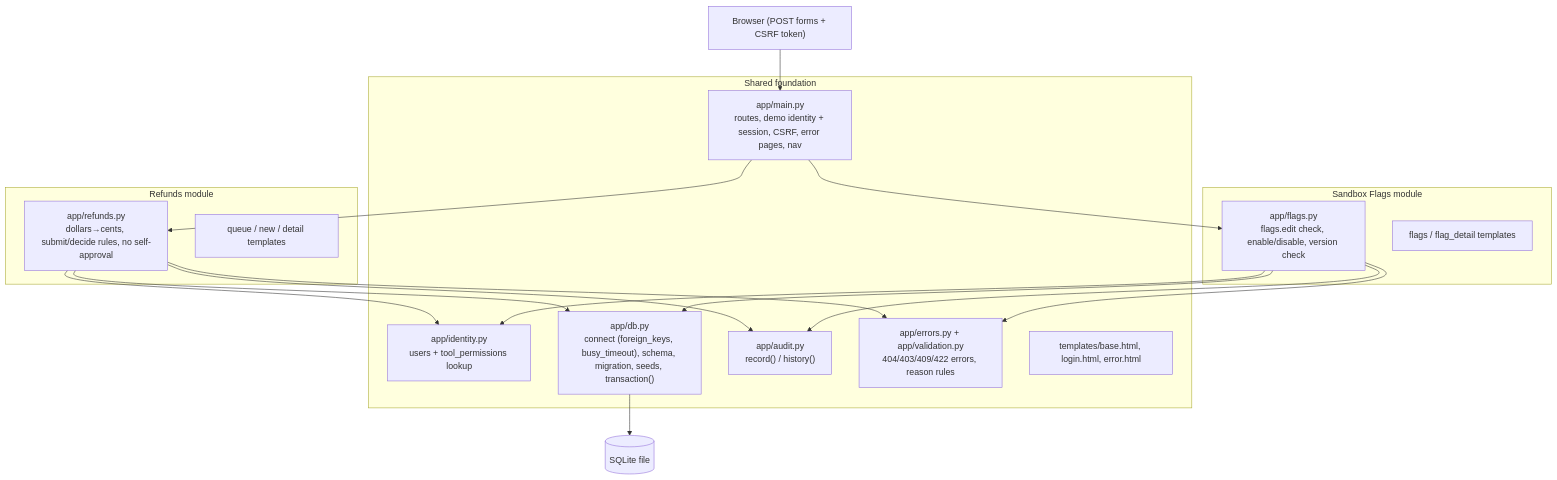
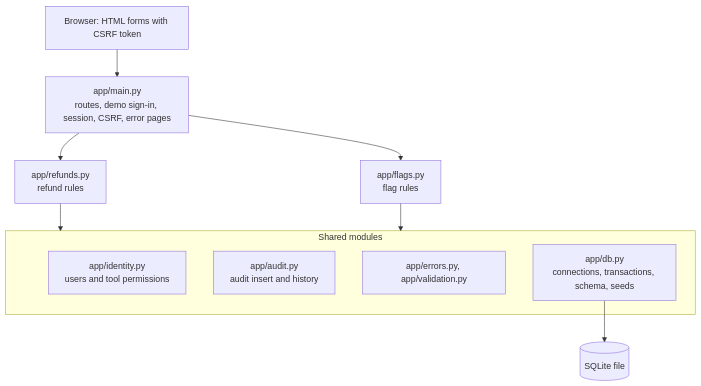
One commit to SohanMads/fintech-internal-tools-poc changed the diagram in README.md. Above: the diagram before and after it, drawn with Mermaid. The commit also changed other lines of this file and 1 other file, not shown here.

Commit message:
Docs: concise README; move build timeline and verification history to docs/build-notes.md

````diff
--- a/README.md
+++ b/README.md
@@ -79,23 +65,15 @@
 ```mermaid
 flowchart TB
-  Browser["Browser (POST forms + CSRF token)"] --> Main
-  subgraph Shared["Shared foundation"]
-    Main["app/main.py<br/>routes, demo identity + session, CSRF, error pages, nav"]
-    Identity["app/identity.py<br/>users + tool_permissions lookup"]
-    DB["app/db.py<br/>connect (foreign_keys, busy_timeout), schema, migration, seeds, transaction()"]
-    Audit["app/audit.py<br/>record() / history()"]
-    Errors["app/errors.py + app/validation.py<br/>404/403/409/422 errors, reason rules"]
-    Layout["templates/base.html, login.html, error.html"]
+  Browser["Browser: HTML forms with CSRF token"] --> Main["app/main.py<br/>routes, demo sign-in, session, CSRF, error pages"]
+  Main --> Refunds["app/refunds.py<br/>refund rules"]
+  Main --> Flags["app/flags.py<br/>flag rules"]
+  subgraph Shared["Shared modules"]
+    Identity["app/identity.py<br/>users and tool permissions"]
+    Audit["app/audit.py<br/>audit insert and history"]
+    Common["app/errors.py, app/validation.py"]
+    DB["app/db.py<br/>connections, transactions, schema, seeds"]
   end
-  subgraph Refunds["Refunds module"]
-    R["app/refunds.py<br/>dollars→cents, submit/decide rules, no self-approval"]
-    RT["queue / new / detail templates"]
-  end
-  subgraph Flags["Sandbox Flags module"]
-    F["app/flags.py<br/>flags.edit check, enable/disable, version check"]
-    FT["flags / flag_detail templates"]
-  end
-  Main --> R & F
-  R & F --> Identity & Audit & Errors & DB
+  Refunds --> Shared
+  Flags --> Shared
   DB --> SQLite[("SQLite file")]
 ```
````
